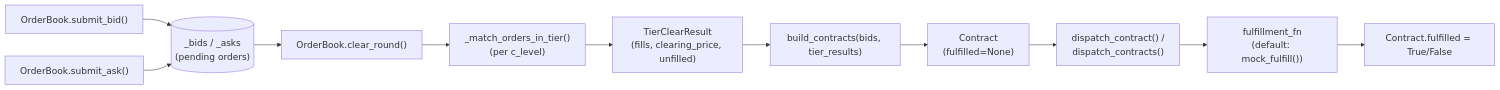
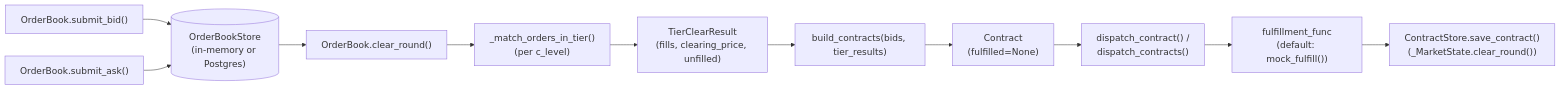
The third of 3 diagrams in research/Noesis/architecture.md (gpsaggese-org/umd_classes), drawn with Mermaid before and after one commit. The commit also changed other lines of this file and 48 other files, not shown here.

````diff
--- a/research/Noesis/architecture.md
+++ b/research/Noesis/architecture.md
@@ -128,14 +179,14 @@
 ```mermaid
 %%{init: {"themeVariables": {"fontSize": "18px"}, "flowchart": {"nodeSpacing": 45, "rankSpacing": 55}}}%%
 flowchart LR
-    submit_bid["OrderBook.submit_bid()"] --> book[("_bids / _asks<br/>(pending orders)")]
-    submit_ask["OrderBook.submit_ask()"] --> book
-    book --> clear_round["OrderBook.clear_round()"]
+    submit_bid["OrderBook.submit_bid()"] --> store[("OrderBookStore<br/>(in-memory or Postgres)")]
+    submit_ask["OrderBook.submit_ask()"] --> store
+    store --> clear_round["OrderBook.clear_round()"]
     clear_round --> match["_match_orders_in_tier()<br/>(per c_level)"]
     match --> tier_result["TierClearResult<br/>(fills, clearing_price, unfilled)"]
     tier_result --> build["build_contracts(bids, tier_results)"]
     build --> contract["Contract<br/>(fulfilled=None)"]
     contract --> dispatch["dispatch_contract() /<br/>dispatch_contracts()"]
-    dispatch --> fulfill["fulfillment_fn<br/>(default: mock_fulfill())"]
-    fulfill --> logged["Contract.fulfilled = True/False"]
+    dispatch --> fulfill["fulfillment_func<br/>(default: mock_fulfill())"]
+    fulfill --> save["ContractStore.save_contract()<br/>(_MarketState.clear_round())"]
 ```
````
